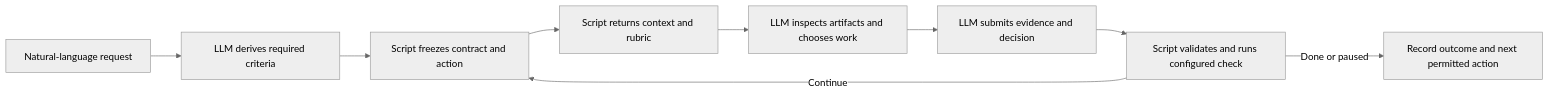
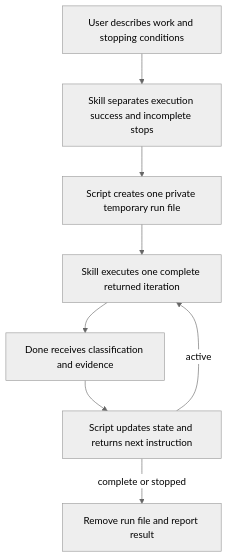
The first of 3 diagrams in README.md (whichguy/until-loop), drawn with Mermaid (neutral theme) before and after one commit. The commit also changed other lines of this file and 49 other files, not shown here.

````diff
--- a/README.md
+++ b/README.md
@@ -3,11 +3,10 @@
 ```mermaid
-flowchart LR
-    Request[Natural-language request] --> Contract[LLM derives required criteria]
-    Contract --> State[Script freezes contract and action]
-    State --> Packet[Script returns context and rubric]
-    Packet --> Work[LLM inspects artifacts and chooses work]
-    Work --> Claim[LLM submits evidence and decision]
-    Claim --> Gate[Script validates and runs configured check]
-    Gate -->|Continue| State
-    Gate -->|Done or paused| Outcome[Record outcome and next permitted action]
+flowchart TD
+    Request[User describes work and stopping conditions] --> Interpret[Skill separates execution success and incomplete stops]
+    Interpret --> Start[Script creates one private temporary run file]
+    Start --> Execute[Skill executes one complete returned iteration]
+    Execute --> Done[Done receives classification and evidence]
+    Done --> Decide[Script updates state and returns next instruction]
+    Decide -->|active| Execute
+    Decide -->|complete or stopped| End[Remove run file and report result]
 ```
````
